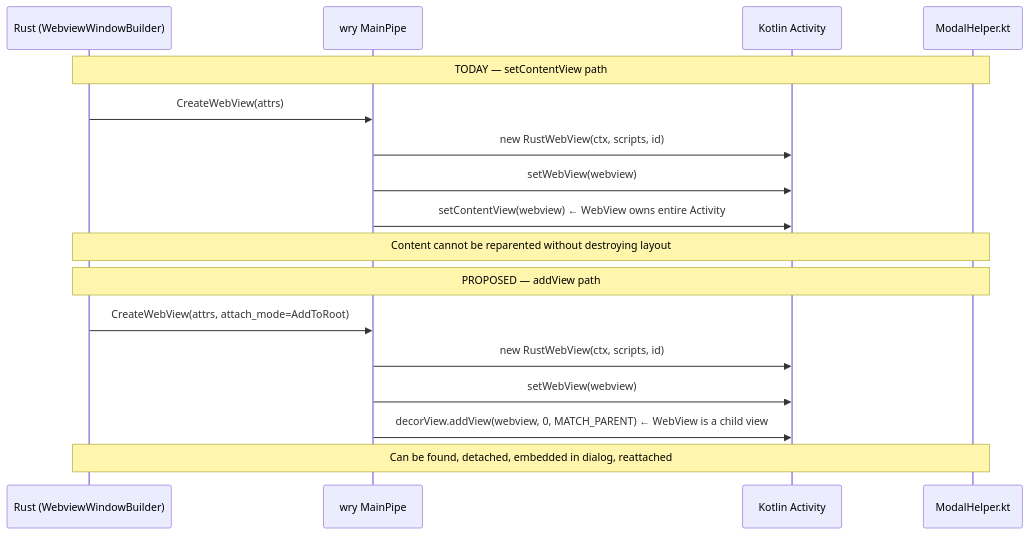
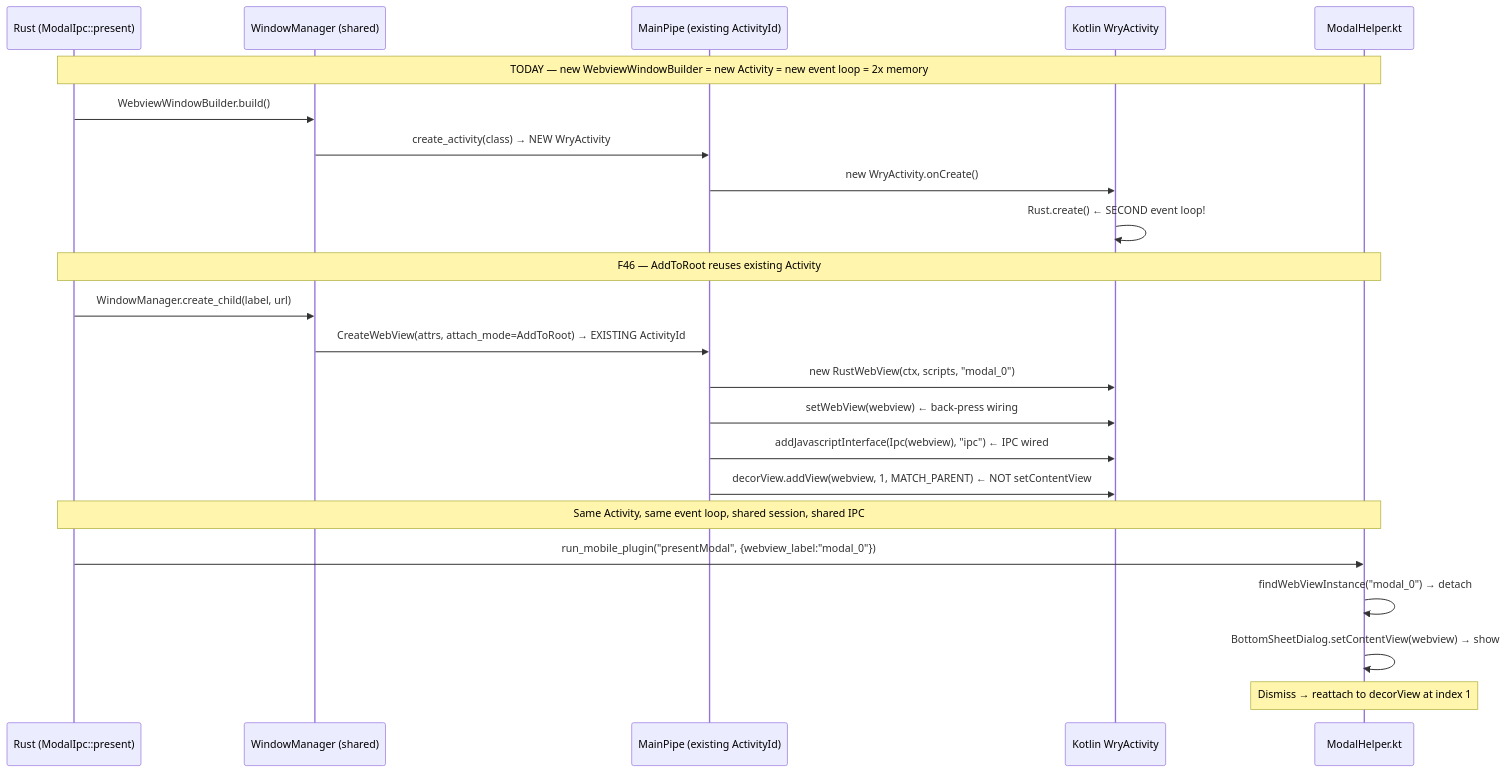
One commit to ewe-studios/ewe_platform changed the diagram in specifications/52-tauri-foundation-platform/features/F46-wry-android-standalone-webview/feature.md. Above: the diagram before and after it, drawn with Mermaid. The commit also changed other lines of this file, not shown here.

First line of the commit message:
spec(F46): clarify same-Activity, single event loop architecture

````diff
--- a/specifications/52-tauri-foundation-platform/features/F46-wry-android-standalone-webview/feature.md
+++ b/specifications/52-tauri-foundation-platform/features/F46-wry-android-standalone-webview/feature.md
@@ -46,21 +46,28 @@
 ```mermaid
 sequenceDiagram
-    participant R as Rust (WebviewWindowBuilder)
-    participant W as wry MainPipe
-    participant K as Kotlin Activity
-    participant M as ModalHelper.kt
+    participant R as Rust (ModalIpc::present)
+    participant WM as WindowManager (shared)
+    participant MP as MainPipe (existing ActivityId)
+    participant KT as Kotlin WryActivity
+    participant MH as ModalHelper.kt
 
-    Note over R,M: TODAY — setContentView path
-    R->>W: CreateWebView(attrs)
-    W->>K: new RustWebView(ctx, scripts, id)
-    W->>K: setWebView(webview)
-    W->>K: setContentView(webview) ← WebView owns entire Activity
-    Note over R,M: Content cannot be reparented without destroying layout
+    Note over R,MH: TODAY — new WebviewWindowBuilder = new Activity = new event loop = 2x memory
+    R->>WM: WebviewWindowBuilder.build()
+    WM->>MP: create_activity(class) → NEW WryActivity
+    MP->>KT: new WryActivity.onCreate()
+    KT->>KT: Rust.create() ← SECOND event loop!
 
-    Note over R,M: PROPOSED — addView path
-    R->>W: CreateWebView(attrs, attach_mode=AddToRoot)
-    W->>K: new RustWebView(ctx, scripts, id)
-    W->>K: setWebView(webview)
-    W->>K: decorView.addView(webview, 0, MATCH_PARENT) ← WebView is a child view
-    Note over R,M: Can be found, detached, embedded in dialog, reattached
+    Note over R,MH: F46 — AddToRoot reuses existing Activity
+    R->>WM: WindowManager.create_child(label, url)
+    WM->>MP: CreateWebView(attrs, attach_mode=AddToRoot) → EXISTING ActivityId
+    MP->>KT: new RustWebView(ctx, scripts, "modal_0")
+    MP->>KT: setWebView(webview)  ← back-press wiring
+    MP->>KT: addJavascriptInterface(Ipc(webview), "ipc") ← IPC wired
+    MP->>KT: decorView.addView(webview, 1, MATCH_PARENT)  ← NOT setContentView
+    Note over R,MH: Same Activity, same event loop, shared session, shared IPC
+
+    R->>MH: run_mobile_plugin("presentModal", {webview_label:"modal_0"})
+    MH->>MH: findWebViewInstance("modal_0") → detach
+    MH->>MH: BottomSheetDialog.setContentView(webview) → show
+    Note over MH: Dismiss → reattach to decorView at index 1
 ```
````
